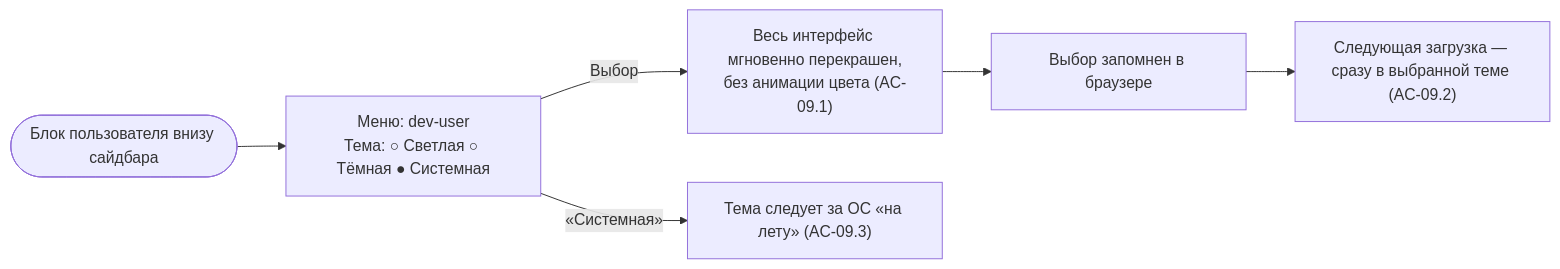
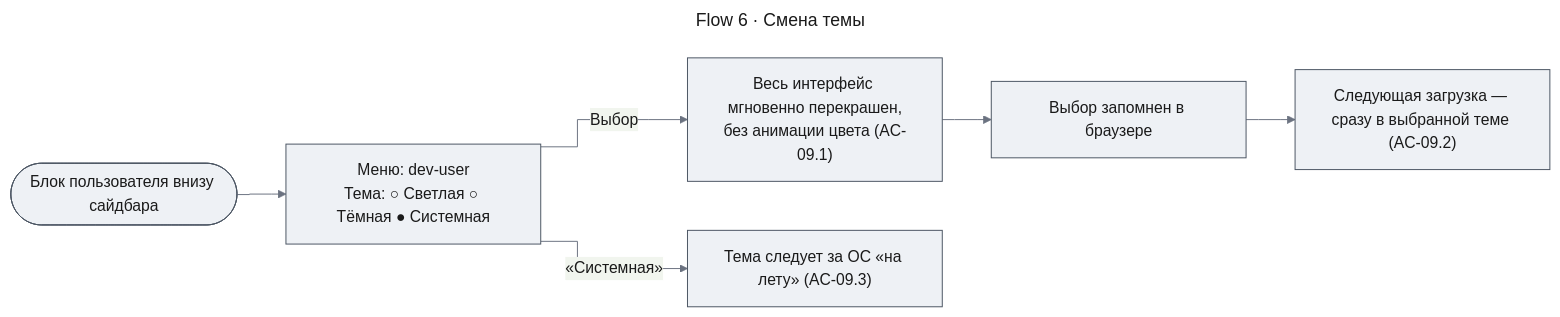
Before and after one commit to tundraray/agent-os: diagram 11 of 14 in docs/features/chat-shell/uxrd.md, drawn with Mermaid. The commit also changed other lines of this file and 10 other files, not shown here.

````diff
--- a/docs/features/chat-shell/uxrd.md
+++ b/docs/features/chat-shell/uxrd.md
@@ -274,8 +765,21 @@
 ```mermaid
+---
+title: "Flow 6 · Смена темы"
+config:
+  theme: base
+  look: classic
+  themeVariables:
+    primaryColor: "#eef1f5"
+    primaryBorderColor: "#4b5563"
+    primaryTextColor: "#1a1a1a"
+    lineColor: "#6b7280"
+  flowchart:
+    curve: step
+---
 flowchart LR
     A([Блок пользователя внизу сайдбара]) --> B["Меню: dev-user<br/>Тема: ○ Светлая ○ Тёмная ● Системная"]
     B -->|Выбор| C["Весь интерфейс мгновенно перекрашен,<br/>без анимации цвета (AC-09.1)"]
     C --> D[Выбор запомнен в браузере]
     D --> E["Следующая загрузка — сразу в выбранной теме (AC-09.2)"]
     B -->|«Системная»| F["Тема следует за ОС «на лету» (AC-09.3)"]
 ```
````
